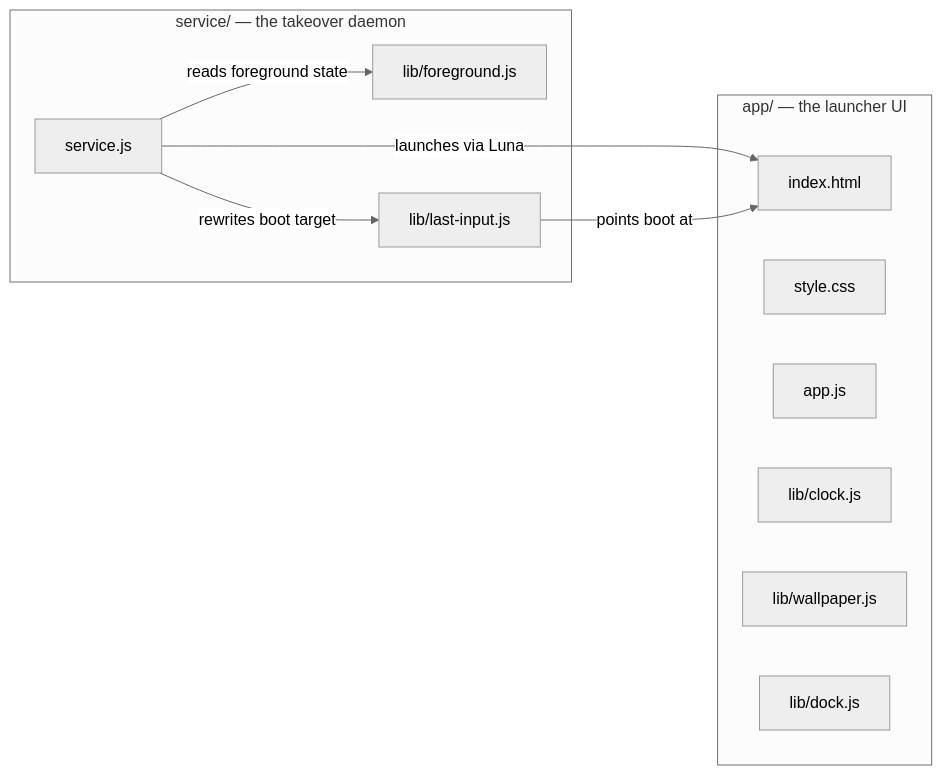
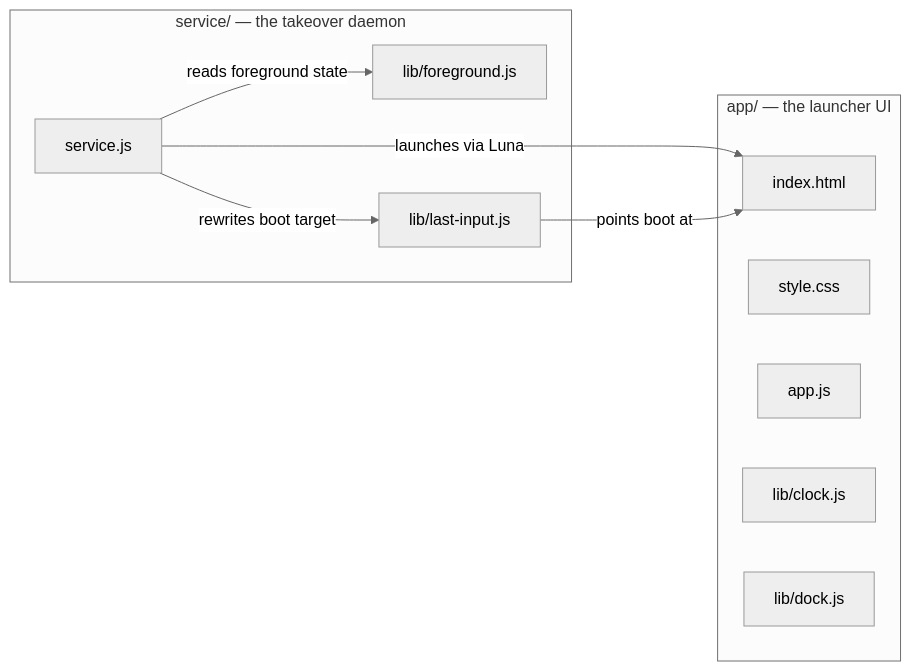
One commit to 1shanpanta/clean-tv changed the first of 2 diagrams in README.md. Above: the diagram before and after it, drawn with Mermaid (neutral theme). The commit also changed other lines of this file and 15 other files, not shown here.

````diff
--- a/README.md
+++ b/README.md
@@ -16,22 +18,21 @@
 ```mermaid
 flowchart LR
     subgraph app["app/ — the launcher UI"]
         html[index.html]
         css[style.css]
         js[app.js]
         lib1[lib/clock.js]
-        lib2[lib/wallpaper.js]
-        lib3[lib/dock.js]
+        lib2[lib/dock.js]
     end
 
     subgraph service["service/ — the takeover daemon"]
         svc[service.js]
         fg[lib/foreground.js]
         li[lib/last-input.js]
     end
 
     svc -- "launches via Luna" --> html
     svc -- "reads foreground state" --> fg
     svc -- "rewrites boot target" --> li
     li -- "points boot at" --> html
 ```
````
